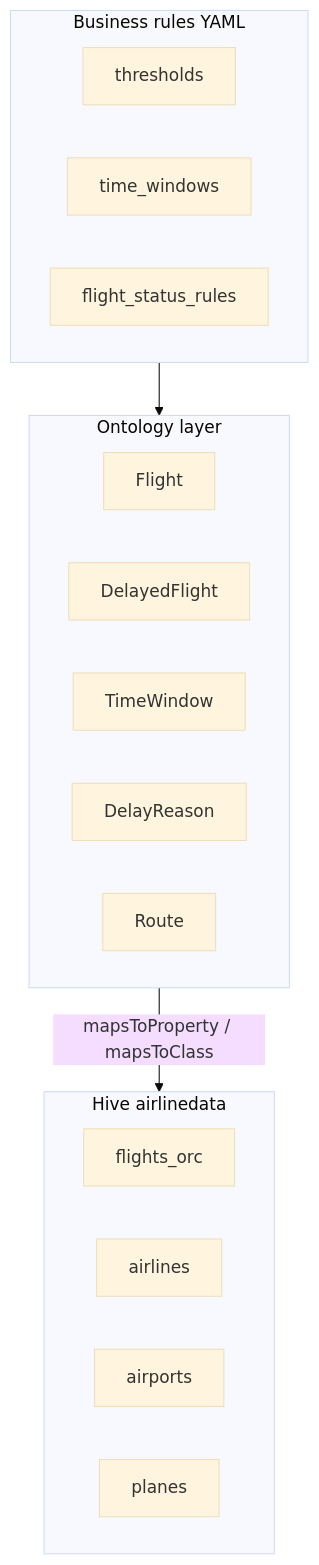
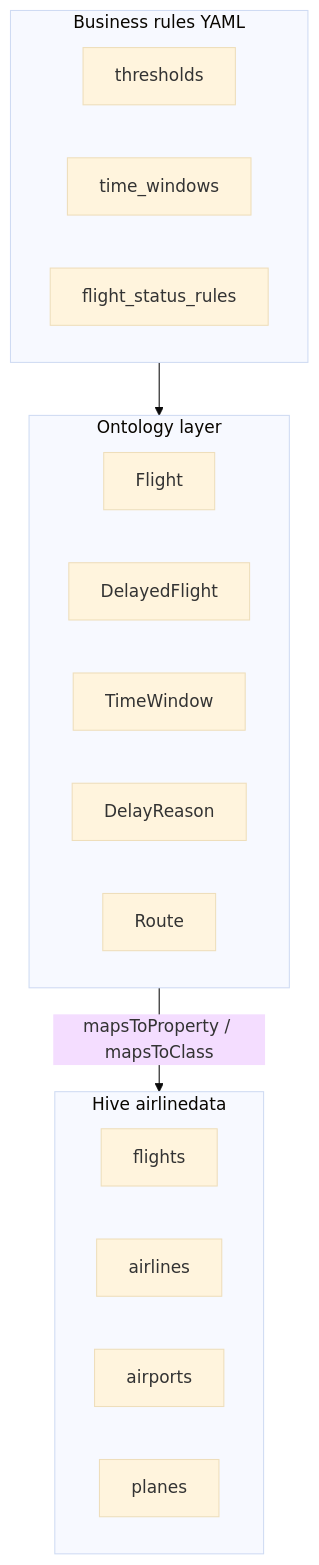
One commit to frothkoetter/semantica changed the diagram in docs/guides/airline-business-logic.md. Above: the diagram before and after it, drawn with Mermaid (base theme). The commit also changed other lines of this file and 37 other files, not shown here.

````diff
--- a/docs/guides/airline-business-logic.md
+++ b/docs/guides/airline-business-logic.md
@@ -153,23 +153,23 @@
 ```mermaid
 flowchart TB
   subgraph ontology [Ontology layer]
     Flight
     DelayedFlight
     TimeWindow
     DelayReason
     Route
   end
   subgraph rules [Business rules YAML]
     thresholds
     time_windows
     flight_status_rules
   end
   subgraph physical [Hive airlinedata]
-    flights_orc
+    flights
     airlines
     airports
     planes
   end
   rules --> ontology
   ontology -->|mapsToProperty / mapsToClass| physical
 ```
````
